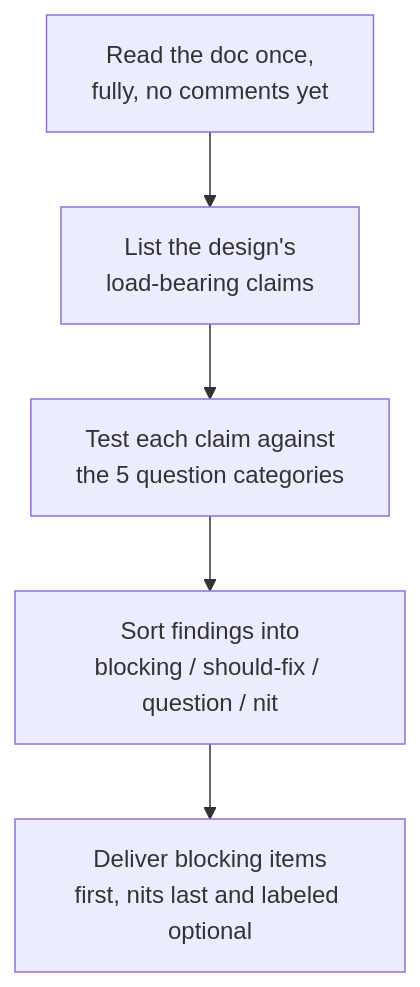
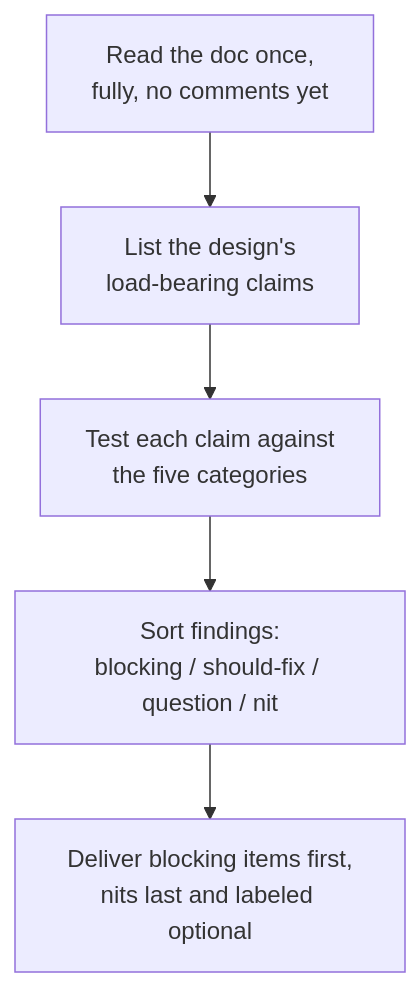
Before and after one commit to francoandreDev/knowledge: the diagram in src/content/architecture/architecture-review/L2-concept.mdx, drawn with Mermaid. The commit also changed other lines of this file and 18 other files, not shown here.

Commit message:
Migrate architecture batch 4 (architecture-for-compliance, cost-aware-architecture, architecture-review, technical-strategy-roadmapping) to the three-tier exercise model

````diff
--- a/src/content/architecture/architecture-review/L2-concept.mdx
+++ b/src/content/architecture/architecture-review/L2-concept.mdx
@@ -30,7 +32,7 @@
 ```mermaid
 flowchart TD
-    A["Read the doc once,\nfully, no comments yet"] --> B["List the design's\nload-bearing claims"]
-    B --> C["Test each claim against\nthe 5 question categories"]
-    C --> D["Sort findings into\nblocking / should-fix / question / nit"]
-    D --> E["Deliver blocking items\nfirst, nits last and labeled optional"]
+    A["Read the doc once,<br/>fully, no comments yet"] --> B["List the design's<br/>load-bearing claims"]
+    B --> C["Test each claim against<br/>the five categories"]
+    C --> D["Sort findings:<br/>blocking / should-fix / question / nit"]
+    D --> E["Deliver blocking items first,<br/>nits last and labeled optional"]
 ```
````
